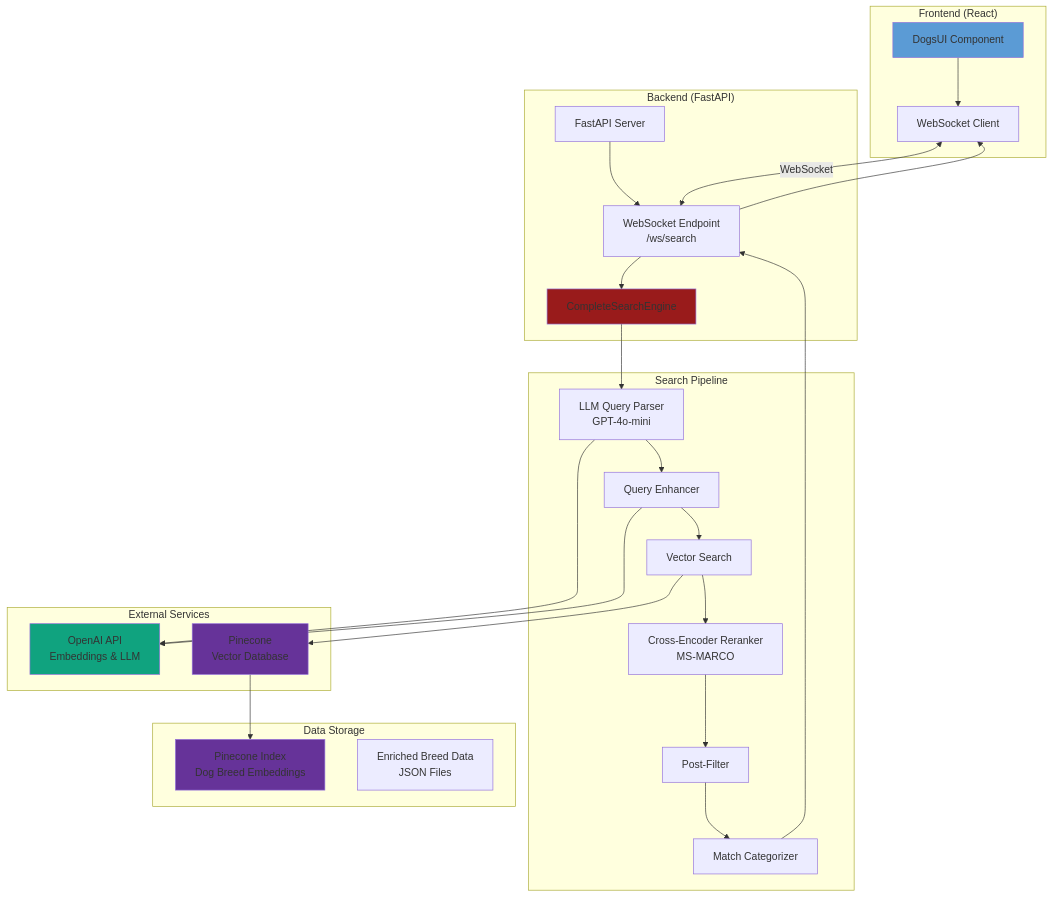
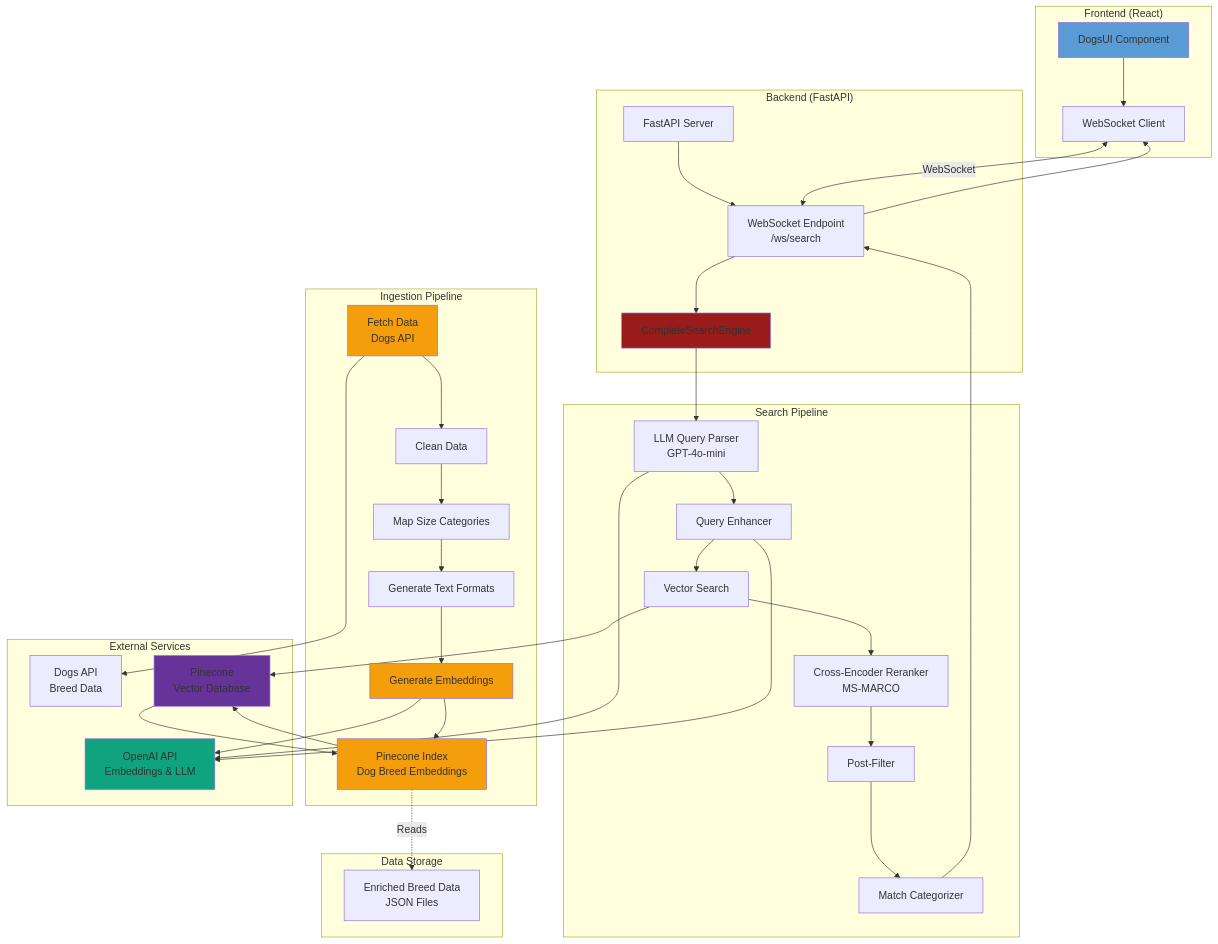
One commit to Shivakumar980/DogsSearchAI changed the first of 5 diagrams in ARCHITECTURE.md. Above: the diagram before and after it, drawn with Mermaid. The commit also changed other lines of this file, not shown here.

First line of the commit message:
Enhance architecture with Ingestion Pipeline details

````diff
--- a/ARCHITECTURE.md
+++ b/ARCHITECTURE.md
@@ -5,57 +5,79 @@
 ```mermaid
 graph TB
     subgraph "Frontend (React)"
         UI[DogsUI Component]
         WS_CLIENT[WebSocket Client]
         UI --> WS_CLIENT
     end
 
     subgraph "Backend (FastAPI)"
         API[FastAPI Server]
         WS_ENDPOINT[WebSocket Endpoint<br/>/ws/search]
         SEARCH_ENGINE[CompleteSearchEngine]
         
         API --> WS_ENDPOINT
         WS_ENDPOINT --> SEARCH_ENGINE
+    end
+
+    subgraph "Ingestion Pipeline"
+        FETCH[Fetch Data<br/>Dogs API]
+        CLEAN[Clean Data]
+        MAP_SIZE[Map Size Categories]
+        GEN_TEXT[Generate Text Formats]
+        GEN_EMBED[Generate Embeddings]
+        INDEX[Index to Pinecone]
+        
+        FETCH --> CLEAN
+        CLEAN --> MAP_SIZE
+        MAP_SIZE --> GEN_TEXT
+        GEN_TEXT --> GEN_EMBED
+        GEN_EMBED --> INDEX
     end
 
     subgraph "Search Pipeline"
         LLM_PARSER[LLM Query Parser<br/>GPT-4o-mini]
         QUERY_ENHANCER[Query Enhancer]
         VECTOR_SEARCH[Vector Search]
         CROSS_ENCODER[Cross-Encoder Reranker<br/>MS-MARCO]
         POST_FILTER[Post-Filter]
         CATEGORIZER[Match Categorizer]
         
         SEARCH_ENGINE --> LLM_PARSER
         LLM_PARSER --> QUERY_ENHANCER
         QUERY_ENHANCER --> VECTOR_SEARCH
         VECTOR_SEARCH --> CROSS_ENCODER
         CROSS_ENCODER --> POST_FILTER
         POST_FILTER --> CATEGORIZER
     end
 
     subgraph "External Services"
+        DOGS_API[Dogs API<br/>Breed Data]
         OPENAI[OpenAI API<br/>Embeddings & LLM]
         PINECONE[Pinecone<br/>Vector Database]
     end
 
     subgraph "Data Storage"
         INDEX[Pinecone Index<br/>Dog Breed Embeddings]
         JSON_DATA[Enriched Breed Data<br/>JSON Files]
     end
 
     WS_CLIENT <-->|WebSocket| WS_ENDPOINT
+    FETCH --> DOGS_API
+    GEN_EMBED --> OPENAI
+    INDEX --> PINECONE
     LLM_PARSER --> OPENAI
     QUERY_ENHANCER --> OPENAI
     VECTOR_SEARCH --> PINECONE
     PINECONE --> INDEX
     CATEGORIZER --> WS_ENDPOINT
     WS_ENDPOINT --> WS_CLIENT
+    INDEX -.->|Reads| JSON_DATA
 
     style UI fill:#5B9BD5
     style SEARCH_ENGINE fill:#991B1B
+    style FETCH fill:#F59E0B
+    style GEN_EMBED fill:#F59E0B
+    style INDEX fill:#F59E0B
     style OPENAI fill:#10A37F
     style PINECONE fill:#663399
-    style INDEX fill:#663399
 ```
````
